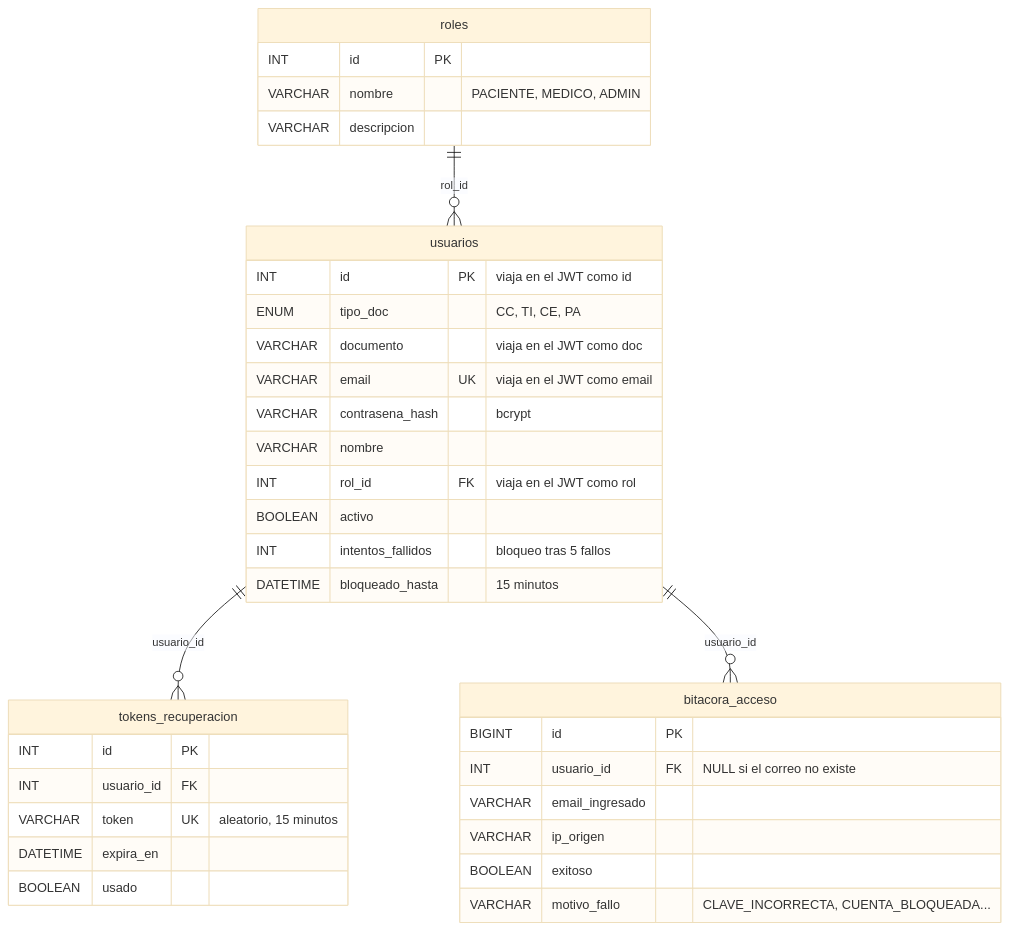
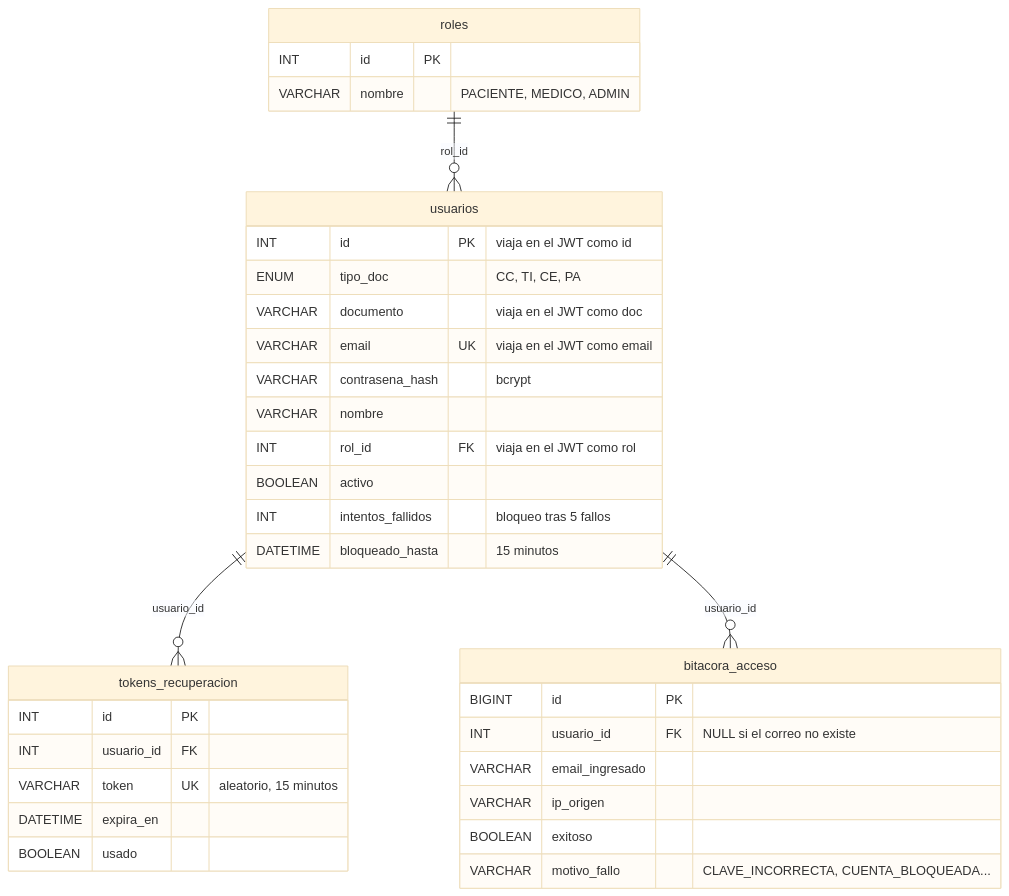
The second of 7 diagrams in docs/ARQUITECTURA_DATOS.md (CamiloP2103/Tecnosalud-catolica), drawn with Mermaid (base theme) before and after one commit. The commit also changed other lines of this file and 4 other files, not shown here.

````diff
--- a/docs/ARQUITECTURA_DATOS.md
+++ b/docs/ARQUITECTURA_DATOS.md
@@ -70,39 +74,38 @@
 ```mermaid
 erDiagram
     roles ||--o{ usuarios : "rol_id"
     usuarios ||--o{ tokens_recuperacion : "usuario_id"
     usuarios ||--o{ bitacora_acceso : "usuario_id"
 
     roles {
         INT id PK
         VARCHAR nombre "PACIENTE, MEDICO, ADMIN"
-        VARCHAR descripcion
     }
     usuarios {
         INT id PK "viaja en el JWT como id"
         ENUM tipo_doc "CC, TI, CE, PA"
         VARCHAR documento "viaja en el JWT como doc"
         VARCHAR email UK "viaja en el JWT como email"
         VARCHAR contrasena_hash "bcrypt"
         VARCHAR nombre
         INT rol_id FK "viaja en el JWT como rol"
         BOOLEAN activo
         INT intentos_fallidos "bloqueo tras 5 fallos"
         DATETIME bloqueado_hasta "15 minutos"
     }
     tokens_recuperacion {
         INT id PK
         INT usuario_id FK
         VARCHAR token UK "aleatorio, 15 minutos"
         DATETIME expira_en
         BOOLEAN usado
     }
     bitacora_acceso {
         BIGINT id PK
         INT usuario_id FK "NULL si el correo no existe"
         VARCHAR email_ingresado
         VARCHAR ip_origen
         BOOLEAN exitoso
         VARCHAR motivo_fallo "CLAVE_INCORRECTA, CUENTA_BLOQUEADA..."
     }
 ```
````
